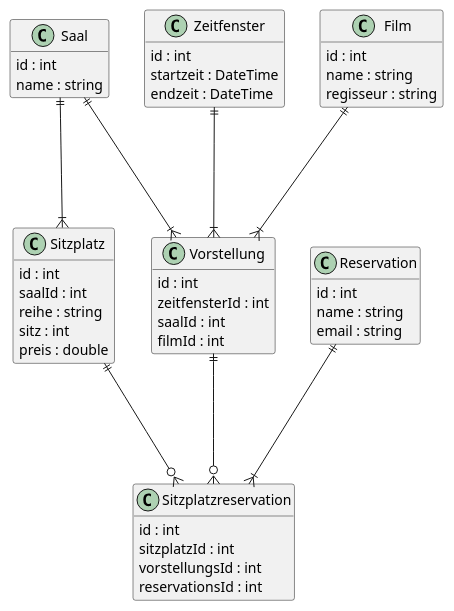
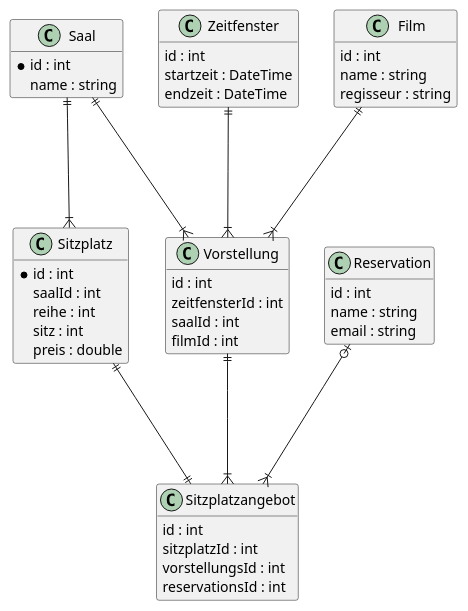
Before and after one commit to bztfinformatik/2023-playground-m183-Sven-Brunner: the diagram in reservierungssystem.puml, drawn with PlantUML. The commit also changed 2 other files, not shown here.

```diff
--- a/reservierungssystem.puml
+++ b/reservierungssystem.puml
@@ -1,60 +1,60 @@
 @startuml 
 
 hide empty members
 
 class Saal {
-    id : int
+    * id : int
     name : string
 
 }
 
 class Sitzplatz{
-    id : int 
+    * id : int 
     saalId : int
-    reihe : string 
+    reihe : int 
     sitz : int
     preis : double
 }
 
-class Sitzplatzreservation{
+class Sitzplatzangebot{
     id : int 
     sitzplatzId : int 
     vorstellungsId : int 
     reservationsId : int 
 }
 class Zeitfenster {
     id : int 
     startzeit : DateTime 
     endzeit : DateTime
 }
 
 class Film {
     id : int 
     name : string 
     regisseur : string 
 }
 
 class Vorstellung{
     id : int 
     zeitfensterId : int 
     saalId : int 
     filmId : int 
 }
 
 class Reservation{
     id : int 
     name : string 
     email : string 
 }
 
 
 Film ||---|{ Vorstellung
 Saal ||---|{ Vorstellung
 Zeitfenster ||---|{ Vorstellung
 Saal ||---|{ Sitzplatz 
 
 
-Reservation ||---|{ Sitzplatzreservation
-Sitzplatz ||---o{ Sitzplatzreservation
-Vorstellung ||---o{ Sitzplatzreservation
+Reservation |o---|{ Sitzplatzangebot
+Sitzplatz ||---|| Sitzplatzangebot
+Vorstellung ||---|{ Sitzplatzangebot
 @enduml
```
